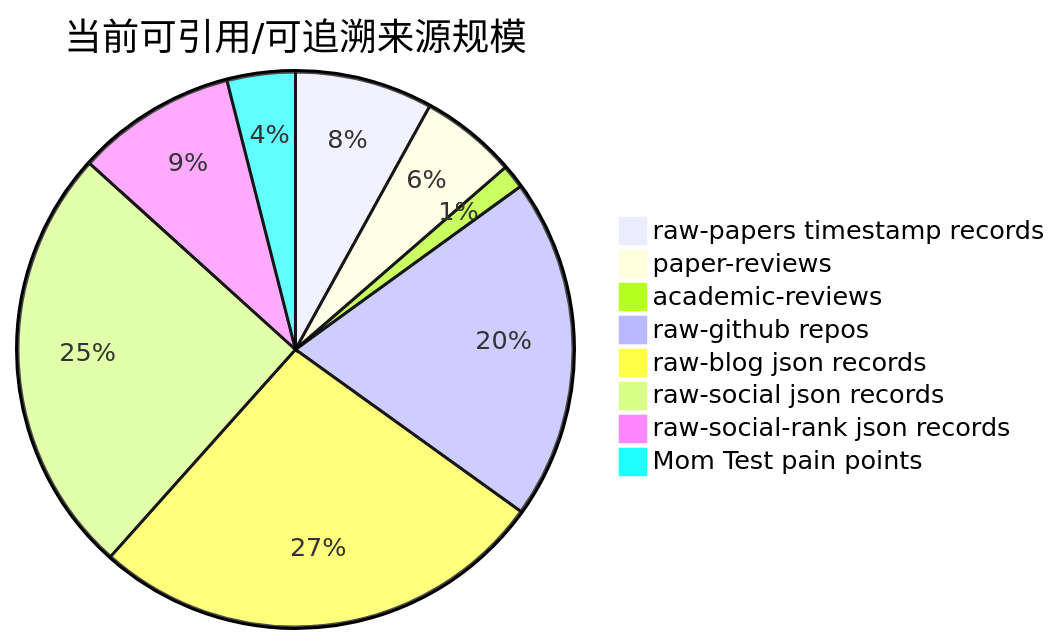
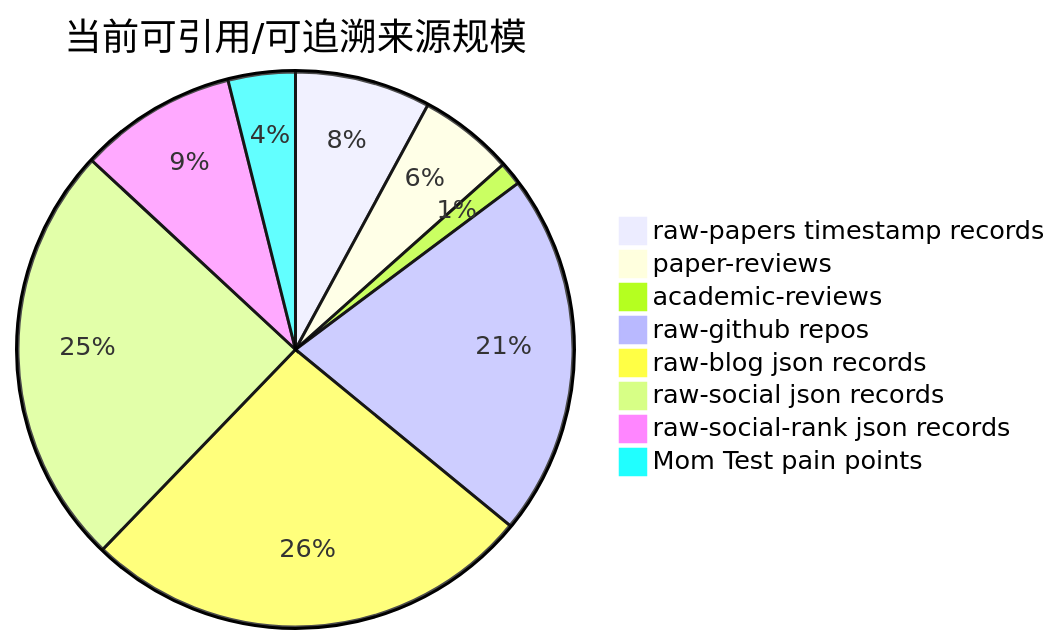
One commit to Shiyao-Huang/awesome-agent-evolution changed the diagram in survey/figures/citation-source-statistics.md. Above: the diagram before and after it, drawn with Mermaid. The commit also changed other lines of this file and 102 other files, not shown here.

````diff
--- a/survey/figures/citation-source-statistics.md
+++ b/survey/figures/citation-source-statistics.md
@@ -6,11 +6,11 @@
 ```mermaid
 pie title 当前可引用/可追溯来源规模
     "raw-papers timestamp records" : 196
     "paper-reviews" : 137
     "academic-reviews" : 34
-    "raw-github repos" : 486
+    "raw-github repos" : 525
     "raw-blog json records" : 652
     "raw-social json records" : 613
     "raw-social-rank json records" : 228
     "Mom Test pain points" : 97
 ```
````
